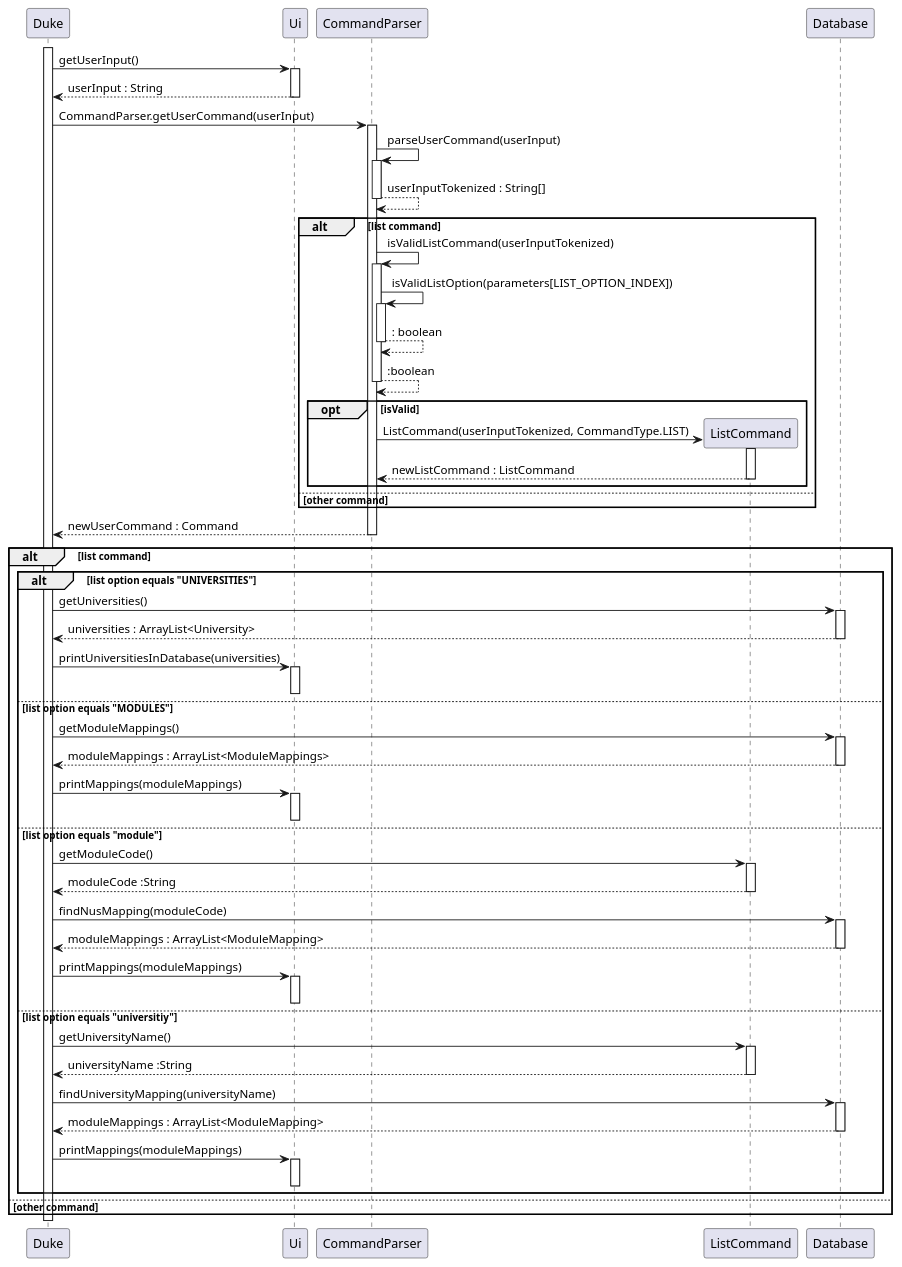
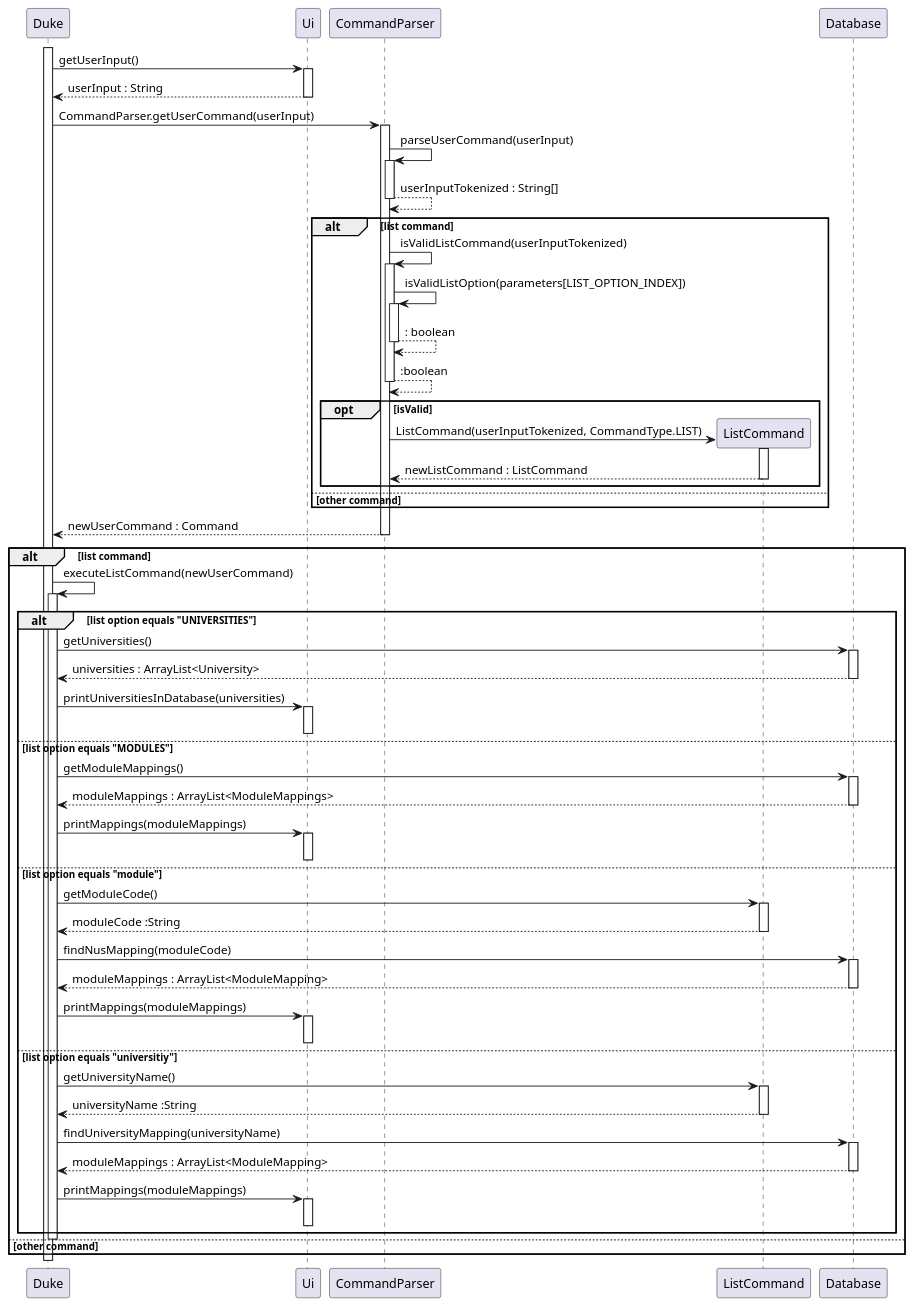
Before and after one commit to nus-cs2113-AY2223S1/tp: the diagram in docs/diagrams/ListCommand_Sequence.puml, drawn with PlantUML. The commit also changed 15 other files, not shown here.

Commit message:
Fix Command sequence diagrams for DeveloperGuide

```diff
--- a/docs/diagrams/ListCommand_Sequence.puml
+++ b/docs/diagrams/ListCommand_Sequence.puml
@@ -1,114 +1,113 @@
 @startuml
 
 activate Duke
 
 Duke -> Ui : getUserInput()
 activate Ui
 Ui --> Duke : userInput : String
 deactivate Ui
 
 Duke -> CommandParser : CommandParser.getUserCommand(userInput)
 activate CommandParser
 CommandParser -> CommandParser : parseUserCommand(userInput)
 activate CommandParser
 CommandParser --> CommandParser : userInputTokenized : String[]
 deactivate CommandParser
 
 alt list command
 
     CommandParser -> CommandParser : isValidListCommand(userInputTokenized)
     activate CommandParser
 
     CommandParser -> CommandParser : isValidListOption(parameters[LIST_OPTION_INDEX])
     activate CommandParser
     CommandParser --> CommandParser : : boolean
     deactivate CommandParser
 
     CommandParser --> CommandParser : :boolean
     deactivate CommandParser
 
     opt isValid
 
         create ListCommand
         CommandParser -> ListCommand : ListCommand(userInputTokenized, CommandType.LIST)
         activate ListCommand
         ListCommand --> CommandParser : newListCommand : ListCommand
         deactivate ListCommand
 
     end
 
 else other command
 
 end
 
 CommandParser --> Duke : newUserCommand : Command
 deactivate CommandParser
 
 alt list command
+
+    Duke -> Duke : executeListCommand(newUserCommand)
+    activate Duke
 
     alt list option equals "UNIVERSITIES"
 
         Duke -> Database : getUniversities()
         activate Database
         Database --> Duke : universities : ArrayList<University>
         deactivate Database
 
         Duke -> Ui : printUniversitiesInDatabase(universities)
         activate Ui
         deactivate Ui
 
     else list option equals "MODULES"
 
         Duke -> Database : getModuleMappings()
         activate Database
         Database --> Duke : moduleMappings : ArrayList<ModuleMappings>
         deactivate Database
 
         Duke -> Ui : printMappings(moduleMappings)
         activate Ui
         deactivate Ui
 
     else list option equals "module"
 
         Duke -> ListCommand : getModuleCode()
         activate ListCommand
         ListCommand --> Duke : moduleCode :String
         deactivate ListCommand
         
         Duke -> Database : findNusMapping(moduleCode)
         activate Database
         Database --> Duke : moduleMappings : ArrayList<ModuleMapping>
         deactivate Database
 
         Duke -> Ui : printMappings(moduleMappings)
         activate Ui
         deactivate Ui
 
     else list option equals "universitiy"
 
         Duke -> ListCommand : getUniversityName()
         activate ListCommand
         ListCommand --> Duke : universityName :String
         deactivate ListCommand
         
         Duke -> Database : findUniversityMapping(universityName)
         activate Database
         Database --> Duke : moduleMappings : ArrayList<ModuleMapping>
         deactivate Database
 
         Duke -> Ui : printMappings(moduleMappings)
         activate Ui
         deactivate Ui
 
     end
 
+deactivate Duke
 else other command
-
-deactivate Database
-deactivate Ui
-
 end
-
 deactivate Duke
 
 @enduml
```
